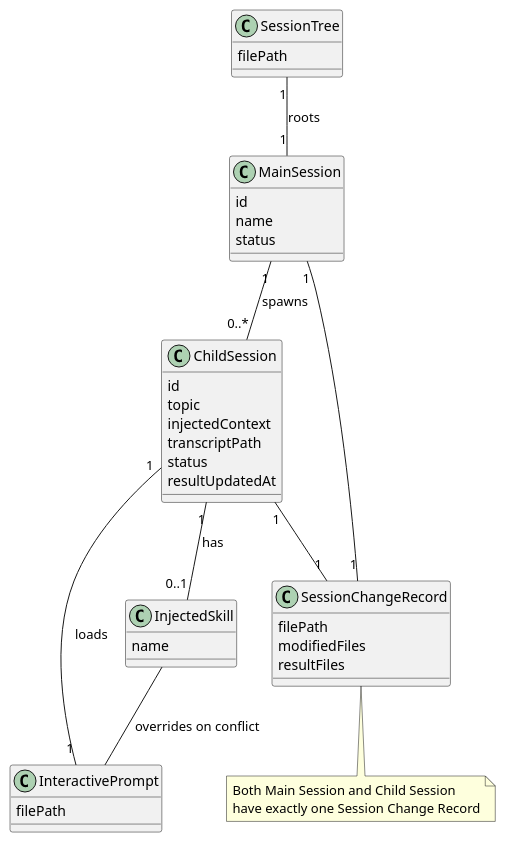
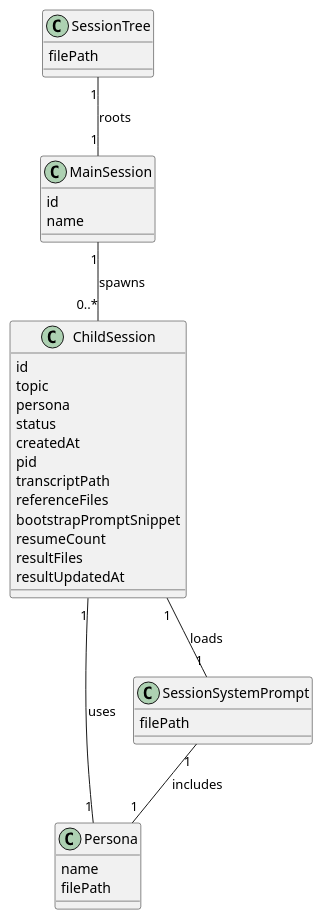
One commit to studykit/studykit-marketplace changed the first of 2 diagrams in A4/co-think/agent-orchestrator.spec.md. Above: the diagram before and after it, drawn with PlantUML. The commit also changed other lines of this file, not shown here.

````diff
--- a/A4/co-think/agent-orchestrator.spec.md
+++ b/A4/co-think/agent-orchestrator.spec.md
@@ -342,49 +349,42 @@
 ```plantuml
 @startuml
 class MainSession {
   id
   name
-  status
 }
 
 class ChildSession {
   id
   topic
-  injectedContext
+  persona
+  status
+  createdAt
+  pid
   transcriptPath
-  status
+  referenceFiles
+  bootstrapPromptSnippet
+  resumeCount
+  resultFiles
   resultUpdatedAt
 }
 
 class SessionTree {
   filePath
 }
 
-class SessionChangeRecord {
-  filePath
-  modifiedFiles
-  resultFiles
-}
-
-class InteractivePrompt {
+class Persona {
+  name
   filePath
 }
 
-class InjectedSkill {
-  name
+class SessionSystemPrompt {
+  filePath
 }
 
 SessionTree "1" -- "1" MainSession : roots
 MainSession "1" -- "0..*" ChildSession : spawns
-ChildSession "1" -- "1" InteractivePrompt : loads
-ChildSession "1" -- "0..1" InjectedSkill : has
-InjectedSkill -- InteractivePrompt : overrides on conflict
-MainSession "1" -- "1" SessionChangeRecord
-ChildSession "1" -- "1" SessionChangeRecord
-
-note bottom of SessionChangeRecord
-  Both Main Session and Child Session
-  have exactly one Session Change Record
-end note
+ChildSession "1" -- "1" Persona : uses
+ChildSession "1" -- "1" SessionSystemPrompt : loads
+SessionSystemPrompt "1" -- "1" Persona : includes
 @enduml
 ```
````
